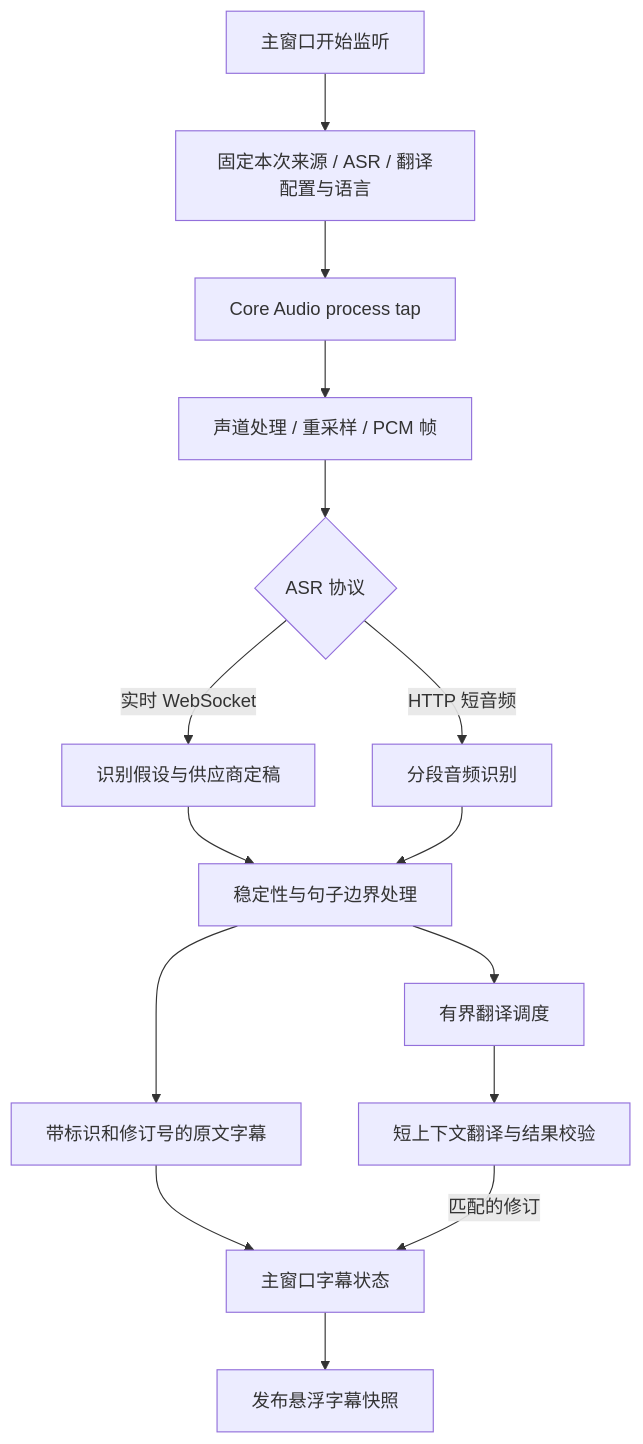
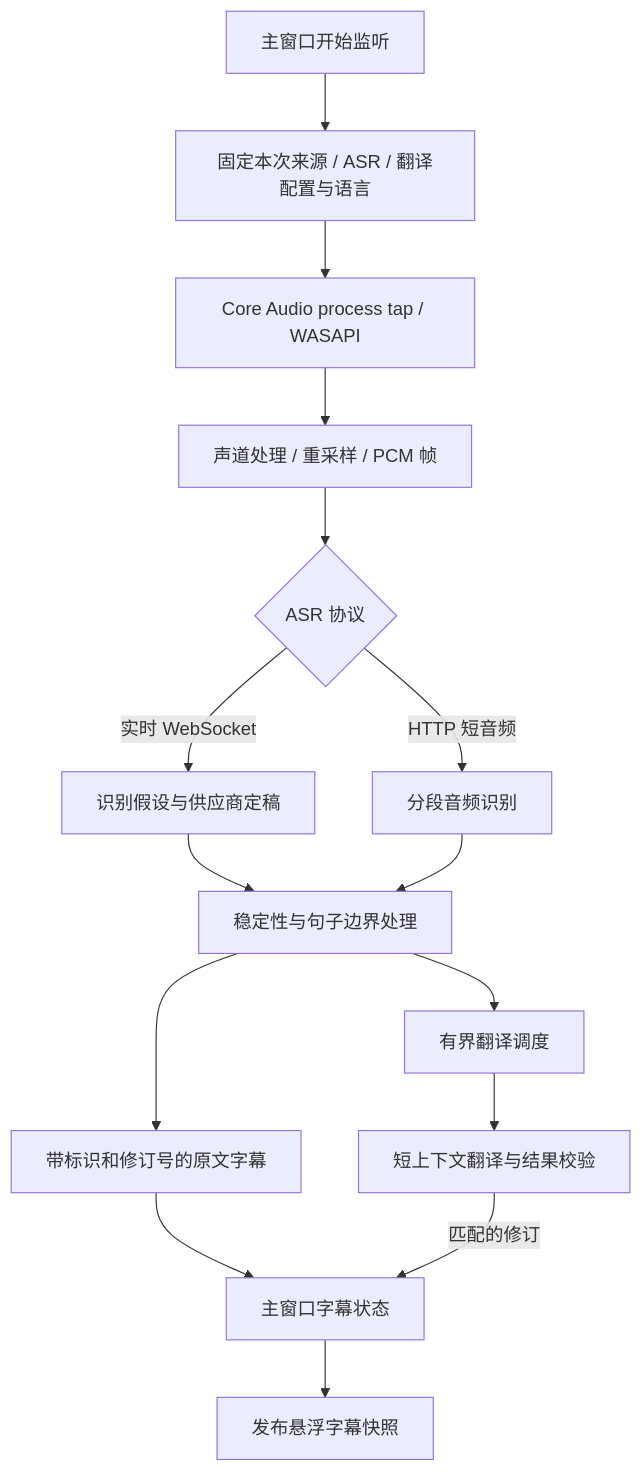
One commit to Zhiruosama/VoxBridge changed the first of 6 diagrams in docs/internal-flows.md. Above: the diagram before and after it, drawn with Mermaid. The commit also changed other lines of this file and 85 other files, not shown here.

````diff
--- a/docs/internal-flows.md
+++ b/docs/internal-flows.md
@@ -9,17 +9,17 @@
 ```mermaid
 flowchart TD
   Start[主窗口开始监听] --> Request[固定本次来源 / ASR / 翻译配置与语言]
-  Request --> Tap[Core Audio process tap]
+  Request --> Tap[Core Audio process tap / WASAPI]
   Tap --> PCM[声道处理 / 重采样 / PCM 帧]
   PCM --> Adapter{ASR 协议}
   Adapter -->|实时 WebSocket| Partial[识别假设与供应商定稿]
   Adapter -->|HTTP 短音频| Chunk[分段音频识别]
   Partial --> Commit[稳定性与句子边界处理]
   Chunk --> Commit
   Commit --> Source[带标识和修订号的原文字幕]
   Commit --> Queue[有界翻译调度]
   Queue --> Translate[短上下文翻译与结果校验]
   Source --> UI[主窗口字幕状态]
   Translate -->|匹配的修订| UI
   UI --> Overlay[发布悬浮字幕快照]
 ```
````
